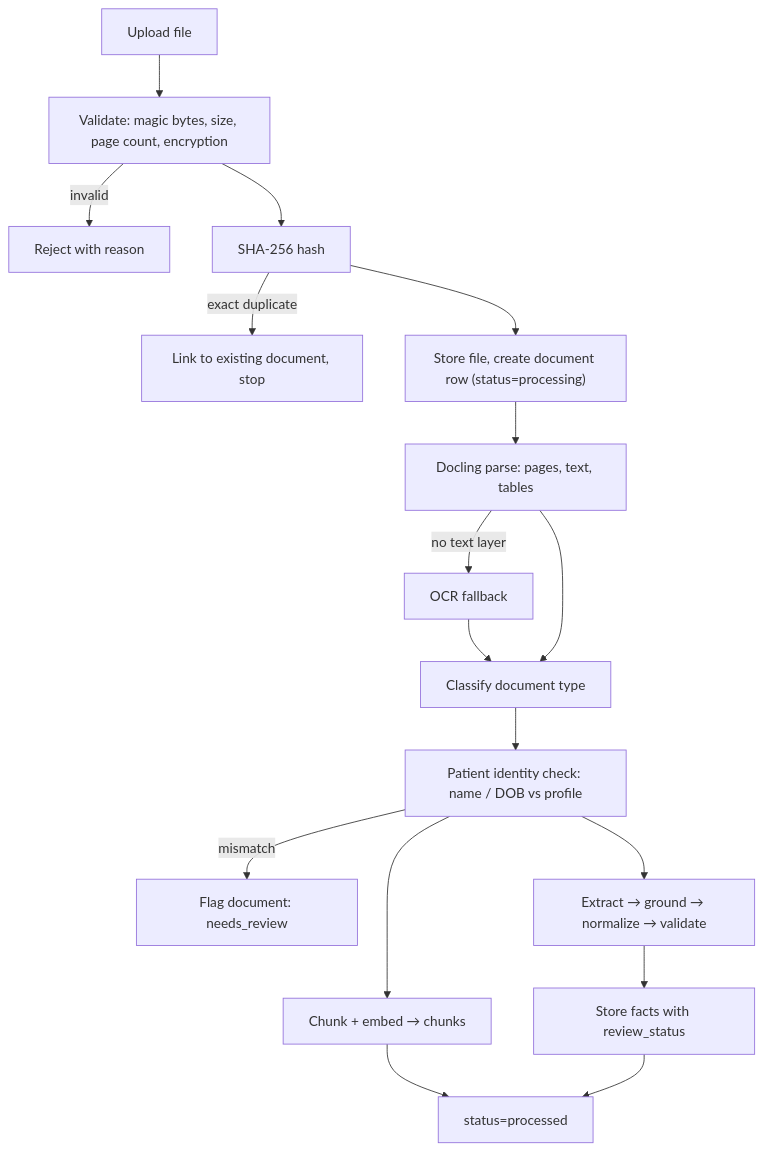
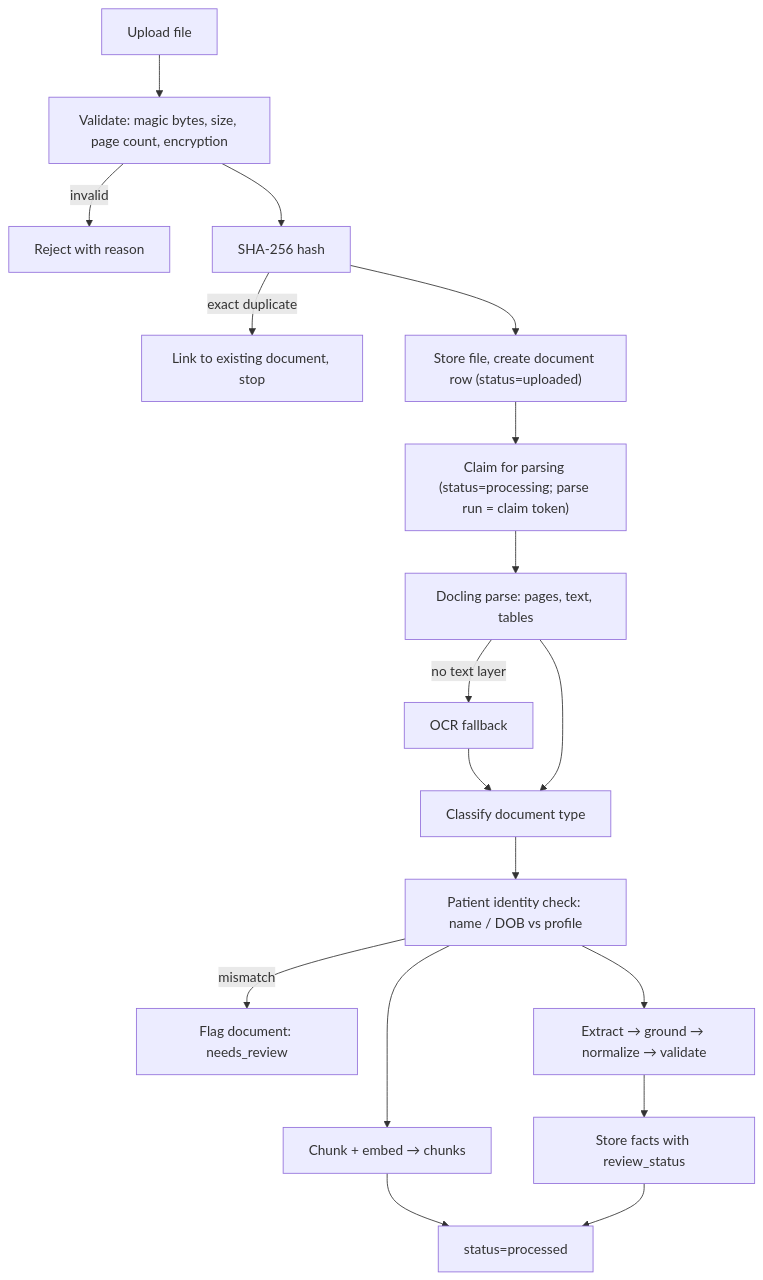
Before and after one commit to Bandar-Kumar/Medi-Mind: the first of 3 diagrams in docs/ARCHITECTURE.md, drawn with Mermaid. The commit also changed other lines of this file and 30 other files, not shown here.

````diff
--- a/docs/ARCHITECTURE.md
+++ b/docs/ARCHITECTURE.md
@@ -57,19 +57,20 @@
 ```mermaid
 flowchart TD
     A["Upload file"] --> B["Validate: magic bytes, size, page count, encryption"]
     B -->|invalid| X["Reject with reason"]
     B --> C["SHA-256 hash"]
     C -->|exact duplicate| D["Link to existing document, stop"]
-    C --> E["Store file, create document row (status=processing)"]
-    E --> F["Docling parse: pages, text, tables"]
+    C --> E["Store file, create document row (status=uploaded)"]
+    E --> E2["Claim for parsing (status=processing; parse run = claim token)"]
+    E2 --> F["Docling parse: pages, text, tables"]
     F -->|no text layer| G["OCR fallback"]
     G --> H
     F --> H["Classify document type"]
     H --> I["Patient identity check: name / DOB vs profile"]
     I -->|mismatch| J["Flag document: needs_review"]
     I --> K["Chunk + embed → chunks"]
     I --> L["Extract → ground → normalize → validate"]
     L --> M["Store facts with review_status"]
     K --> N["status=processed"]
     M --> N
 ```
````
